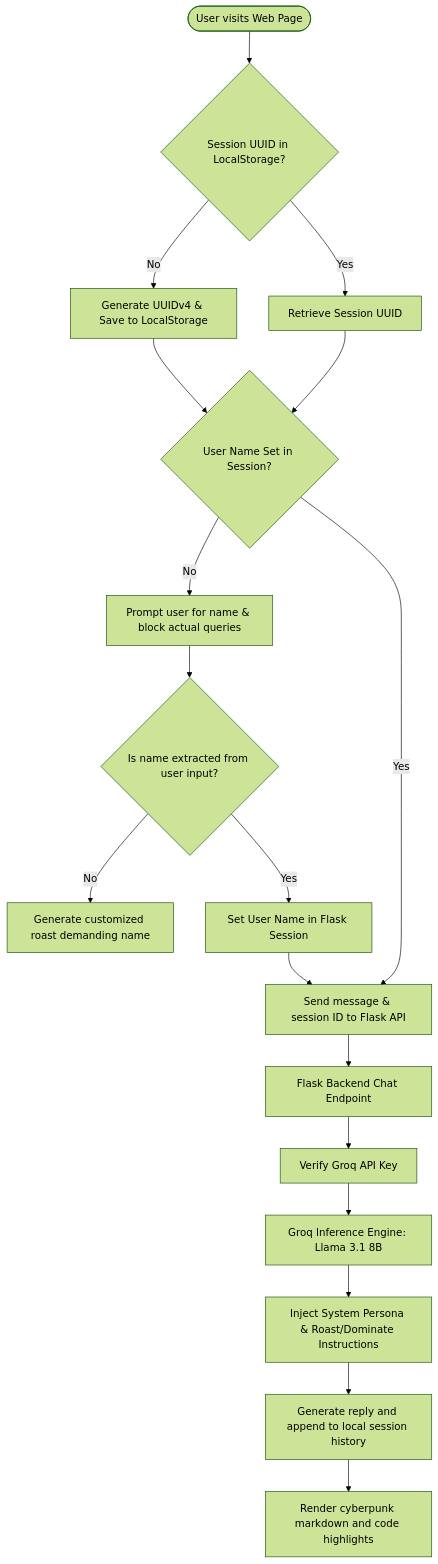
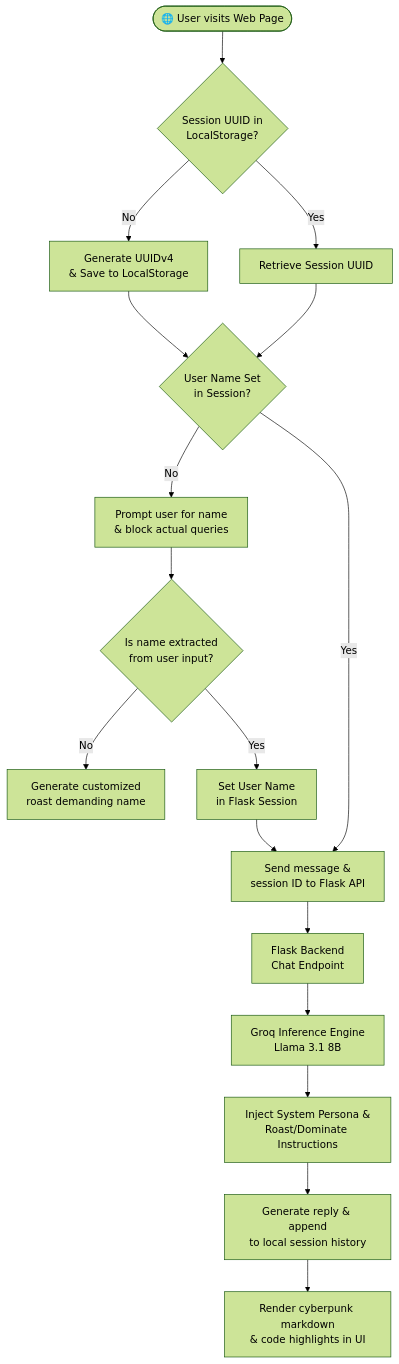
One commit to bharathwajverse/SAVAGE-SIGMA-AI changed the diagram in README.md. Above: the diagram before and after it, drawn with Mermaid (forest theme). The commit also changed other lines of this file, not shown here.

Commit message:
Upgrade README: professional design, detailed setup guide, security table, Mermaid diagram

````diff
--- a/README.md
+++ b/README.md
@@ -35,21 +43,20 @@
 ```mermaid
 graph TD
-    User([User visits Web Page]) --> LocalStorage{Session UUID in LocalStorage?}
-    LocalStorage -- No --> GenUUID[Generate UUIDv4 & Save to LocalStorage]
-    LocalStorage -- Yes --> LoadSession[Retrieve Session UUID]
+    User(["🌐 User visits Web Page"]) --> LocalStorage{"Session UUID in<br>LocalStorage?"}
+    LocalStorage -- No --> GenUUID["Generate UUIDv4<br>& Save to LocalStorage"]
+    LocalStorage -- Yes --> LoadSession["Retrieve Session UUID"]
     GenUUID --> CheckName
     LoadSession --> CheckName
-    CheckName{User Name Set in Session?}
-    CheckName -- No --> FirstPrompt[Prompt user for name & block actual queries]
-    CheckName -- Yes --> SendMessage[Send message & session ID to Flask API]
-    FirstPrompt --> NameGuard{Is name extracted from user input?}
-    NameGuard -- No --> RoastName[Generate customized roast demanding name]
-    NameGuard -- Yes --> SaveName[Set User Name in Flask Session]
+    CheckName{"User Name Set<br>in Session?"}
+    CheckName -- No --> FirstPrompt["Prompt user for name<br>& block actual queries"]
+    CheckName -- Yes --> SendMessage["Send message &<br>session ID to Flask API"]
+    FirstPrompt --> NameGuard{"Is name extracted<br>from user input?"}
+    NameGuard -- No --> RoastName["Generate customized<br>roast demanding name"]
+    NameGuard -- Yes --> SaveName["Set User Name<br>in Flask Session"]
     SaveName --> SendMessage
-    SendMessage --> FlaskApp[Flask Backend Chat Endpoint]
-    FlaskApp --> APIKey[Verify Groq API Key]
-    APIKey --> GroqLLM[Groq Inference Engine: Llama 3.1 8B]
-    GroqLLM --> RoastPrompt[Inject System Persona & Roast/Dominate Instructions]
-    RoastPrompt --> StreamResponse[Generate reply and append to local session history]
-    StreamResponse --> RenderUI[Render cyberpunk markdown and code highlights]
+    SendMessage --> FlaskApp["Flask Backend<br>Chat Endpoint"]
+    FlaskApp --> GroqLLM["Groq Inference Engine<br>Llama 3.1 8B"]
+    GroqLLM --> RoastPrompt["Inject System Persona &<br>Roast/Dominate Instructions"]
+    RoastPrompt --> StreamResponse["Generate reply & append<br>to local session history"]
+    StreamResponse --> RenderUI["Render cyberpunk markdown<br>& code highlights in UI"]
 ```
````
